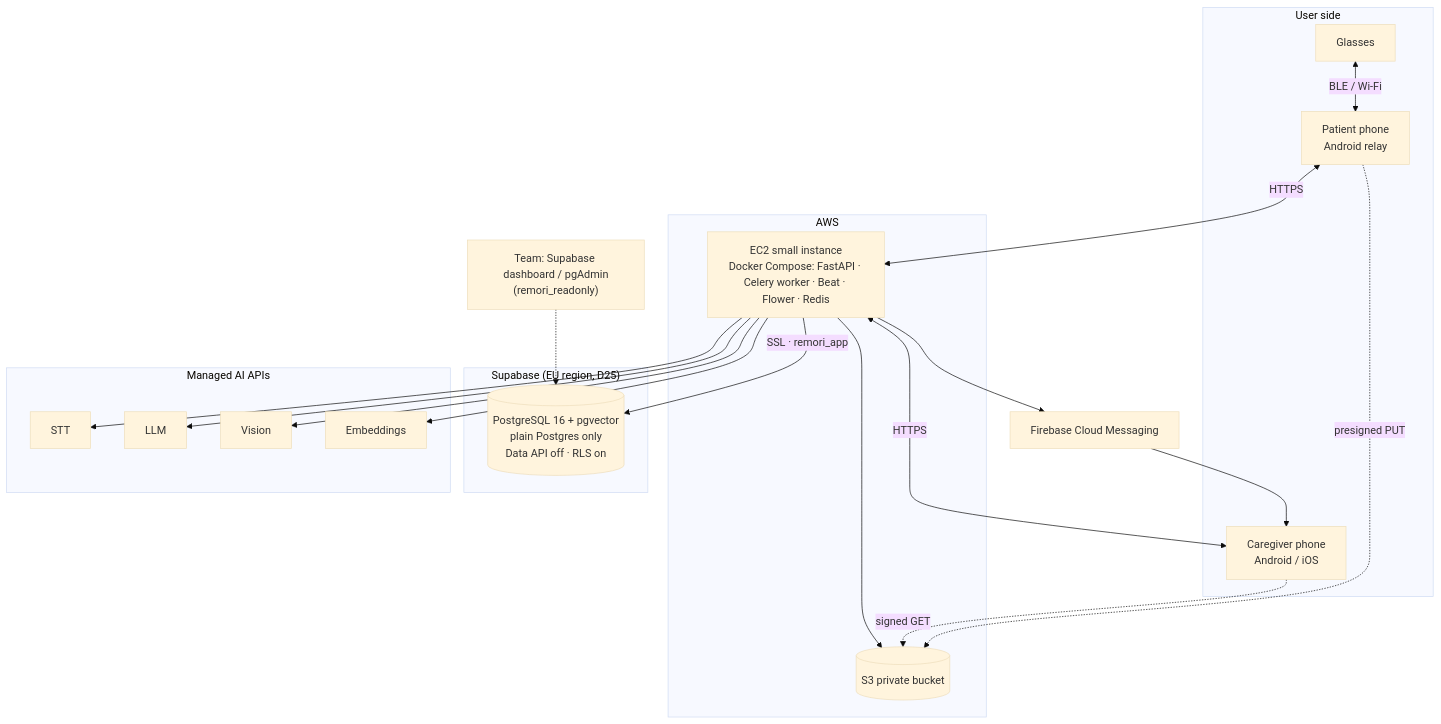
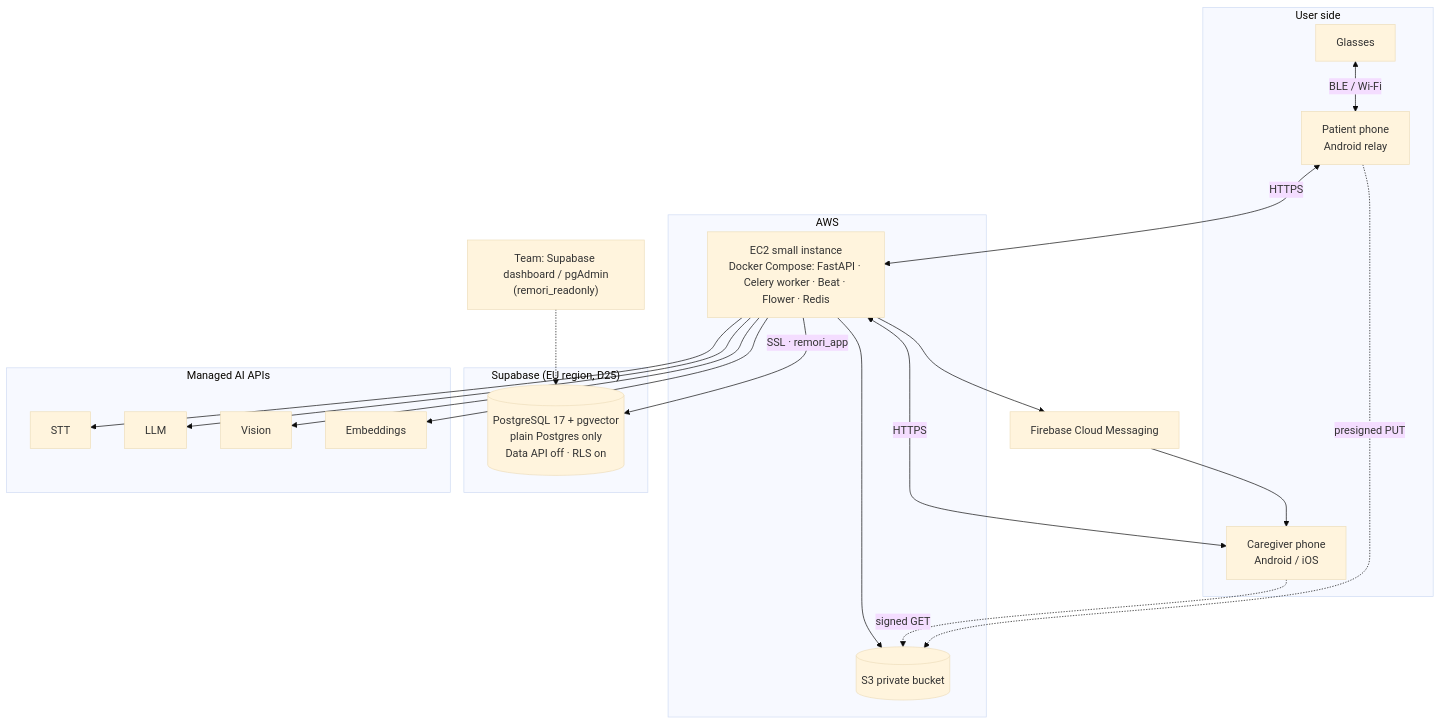
The seventh of 9 diagrams in docs/diagrams/01-architecture.md (AhmedMostafaDev12/Graduation_project_2), drawn with Mermaid (base theme) before and after one commit. The commit also changed 10 other files, not shown here.

````diff
--- a/docs/diagrams/01-architecture.md
+++ b/docs/diagrams/01-architecture.md
@@ -309,43 +309,43 @@
 ```mermaid
 flowchart TB
     subgraph USR["User side"]
         glasses["Glasses"]
         pphone["Patient phone<br/>Android relay"]
         cphone["Caregiver phone<br/>Android / iOS"]
     end
 
     subgraph AWS["AWS"]
         ec2["EC2 small instance<br/>Docker Compose: FastAPI · Celery worker · Beat · Flower · Redis"]
         s3[("S3 private bucket")]
     end
 
     subgraph SB["Supabase (EU region, D25)"]
-        db[("PostgreSQL 16 + pgvector<br/>plain Postgres only<br/>Data API off · RLS on")]
+        db[("PostgreSQL 17 + pgvector<br/>plain Postgres only<br/>Data API off · RLS on")]
     end
 
     dev["Team: Supabase dashboard / pgAdmin<br/>(remori_readonly)"]
 
     subgraph AI["Managed AI APIs"]
         whisper["STT"]
         llm["LLM"]
         vlm["Vision"]
         emb["Embeddings"]
     end
 
     fcm["Firebase Cloud Messaging"]
 
     glasses <-->|"BLE / Wi-Fi"| pphone
     pphone <-->|"HTTPS"| ec2
     cphone <-->|"HTTPS"| ec2
     pphone -.->|"presigned PUT"| s3
     cphone -.->|"signed GET"| s3
     ec2 -->|"SSL · remori_app"| db
     dev -.-> db
     ec2 --> s3
     ec2 --> whisper
     ec2 --> llm
     ec2 --> vlm
     ec2 --> emb
     ec2 --> fcm
     fcm --> cphone
 ```
````
